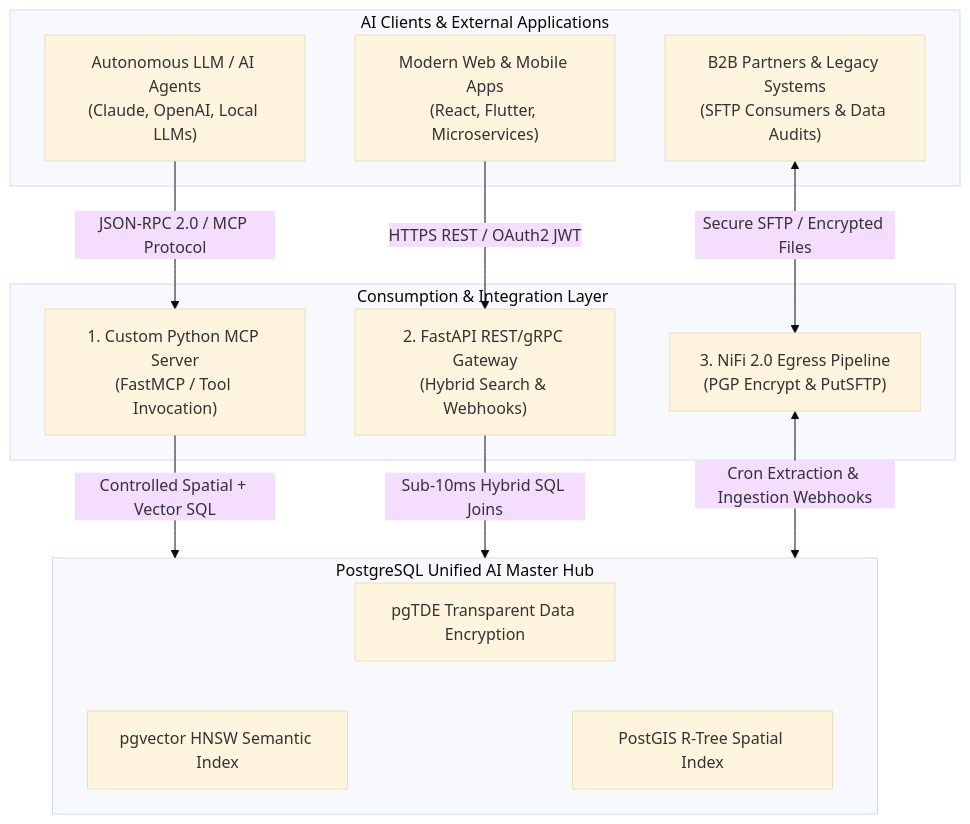
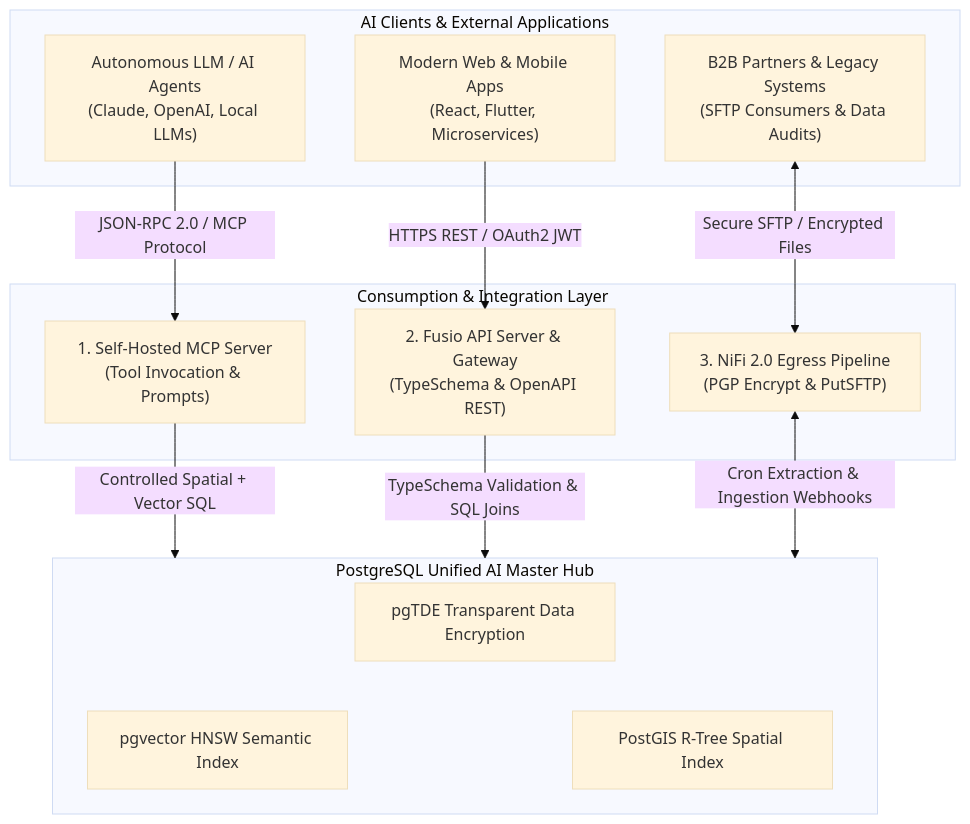
One commit to linuxmalaysia/bda-ai-infra changed the first of 2 diagrams in docs/reference/consumption-and-integration-layer.md. Above: the diagram before and after it, drawn with Mermaid (base theme). The commit also changed other lines of this file and 1 other file, not shown here.

First line of the commit message:
docs: adopt Fusio API Server, TypeSchema, and self-hosted MCP

````diff
--- a/docs/reference/consumption-and-integration-layer.md
+++ b/docs/reference/consumption-and-integration-layer.md
@@ -133,32 +141,32 @@
 ```mermaid
 flowchart TD
     subgraph Clients ["AI Clients & External Applications"]
         LLM["Autonomous LLM / AI Agents<br/>(Claude, OpenAI, Local LLMs)"]
         WebApps["Modern Web & Mobile Apps<br/>(React, Flutter, Microservices)"]
         LegacyB2B["B2B Partners & Legacy Systems<br/>(SFTP Consumers & Data Audits)"]
     end
 
     subgraph ConsumptionLayer ["Consumption & Integration Layer"]
-        MCP["1. Custom Python MCP Server<br/>(FastMCP / Tool Invocation)"]
-        FastAPI["2. FastAPI REST/gRPC Gateway<br/>(Hybrid Search & Webhooks)"]
+        MCP["1. Self-Hosted MCP Server<br/>(Tool Invocation & Prompts)"]
+        Fusio["2. Fusio API Server & Gateway<br/>(TypeSchema & OpenAPI REST)"]
         NiFiEgress["3. NiFi 2.0 Egress Pipeline<br/>(PGP Encrypt & PutSFTP)"]
     end
 
     subgraph DatabaseHub ["PostgreSQL Unified AI Master Hub"]
         pgTDE["pgTDE Transparent Data Encryption"]
         pgvector["pgvector HNSW Semantic Index"]
         PostGIS["PostGIS R-Tree Spatial Index"]
     end
 
     LLM -->|"JSON-RPC 2.0 / MCP Protocol"| MCP
-    WebApps -->|"HTTPS REST / OAuth2 JWT"| FastAPI
+    WebApps -->|"HTTPS REST / OAuth2 JWT"| Fusio
     LegacyB2B <-->|"Secure SFTP / Encrypted Files"| NiFiEgress
 
     MCP -->|"Controlled Spatial + Vector SQL"| DatabaseHub
-    FastAPI -->|"Sub-10ms Hybrid SQL Joins"| DatabaseHub
+    Fusio -->|"TypeSchema Validation & SQL Joins"| DatabaseHub
     NiFiEgress <-->|"Cron Extraction & Ingestion Webhooks"| DatabaseHub
 
     DatabaseHub --- pgTDE
     DatabaseHub --- pgvector
     DatabaseHub --- PostGIS
 ```
````
